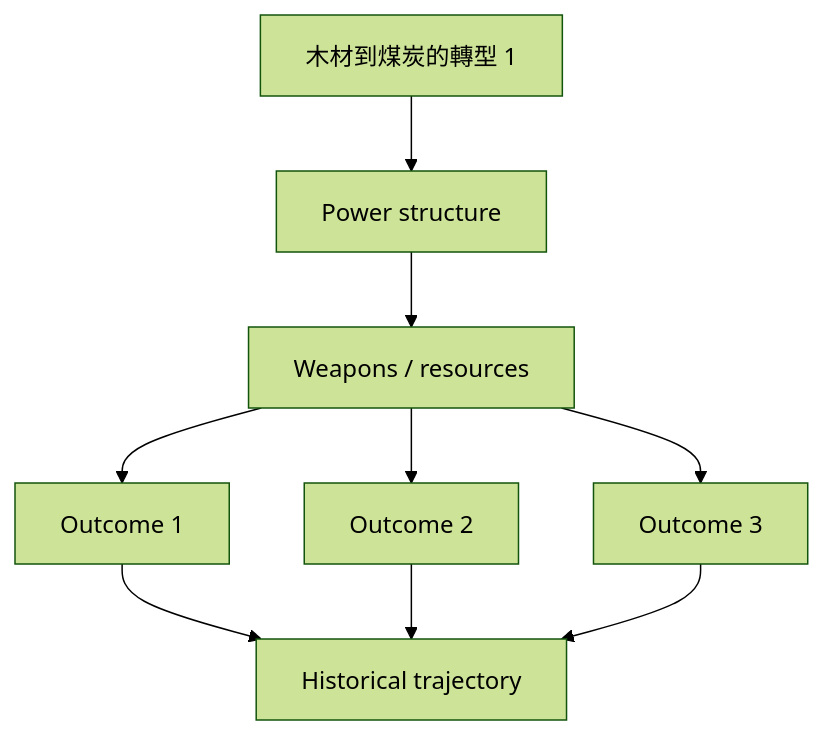
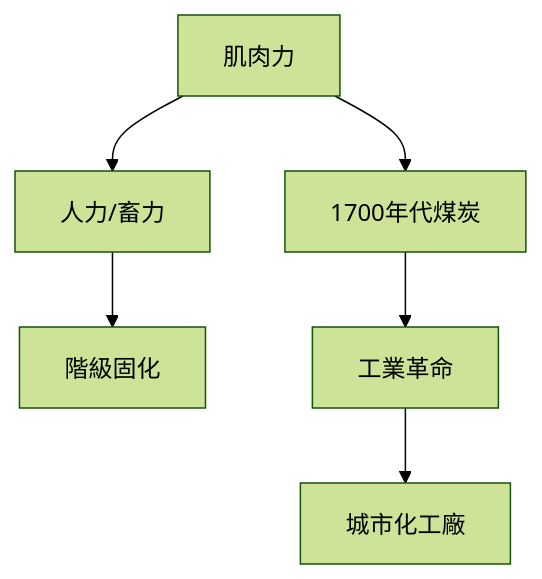
Before and after one commit to yip-lgtm/HKU-Harvard-History-Self-Study: the first of 10 diagrams in 02_Harvard_Courses/Fall_Courses/Hist76_History_of_Energy.md, drawn with Mermaid (forest theme). The commit also changed other lines of this file and 15 other files, not shown here.

````diff
--- a/02_Harvard_Courses/Fall_Courses/Hist76_History_of_Energy.md
+++ b/02_Harvard_Courses/Fall_Courses/Hist76_History_of_Energy.md
@@ -111,11 +92,8 @@
 ```mermaid
 graph TD
-    A[木材到煤炭的轉型 1] --> B[Power structure]
-    B --> C[Weapons / resources]
-    C --> D[Outcome 1]
-    C --> E[Outcome 2]
-    C --> F[Outcome 3]
-    D --> G[Historical trajectory]
-    E --> G
-    F --> G
+    A[肌肉力] --> B[人力/畜力]
+    A --> C[1700年代煤炭]
+    B --> D[階級固化]
+    C --> E[工業革命]
+    E --> F[城市化工廠]
 ```
````
